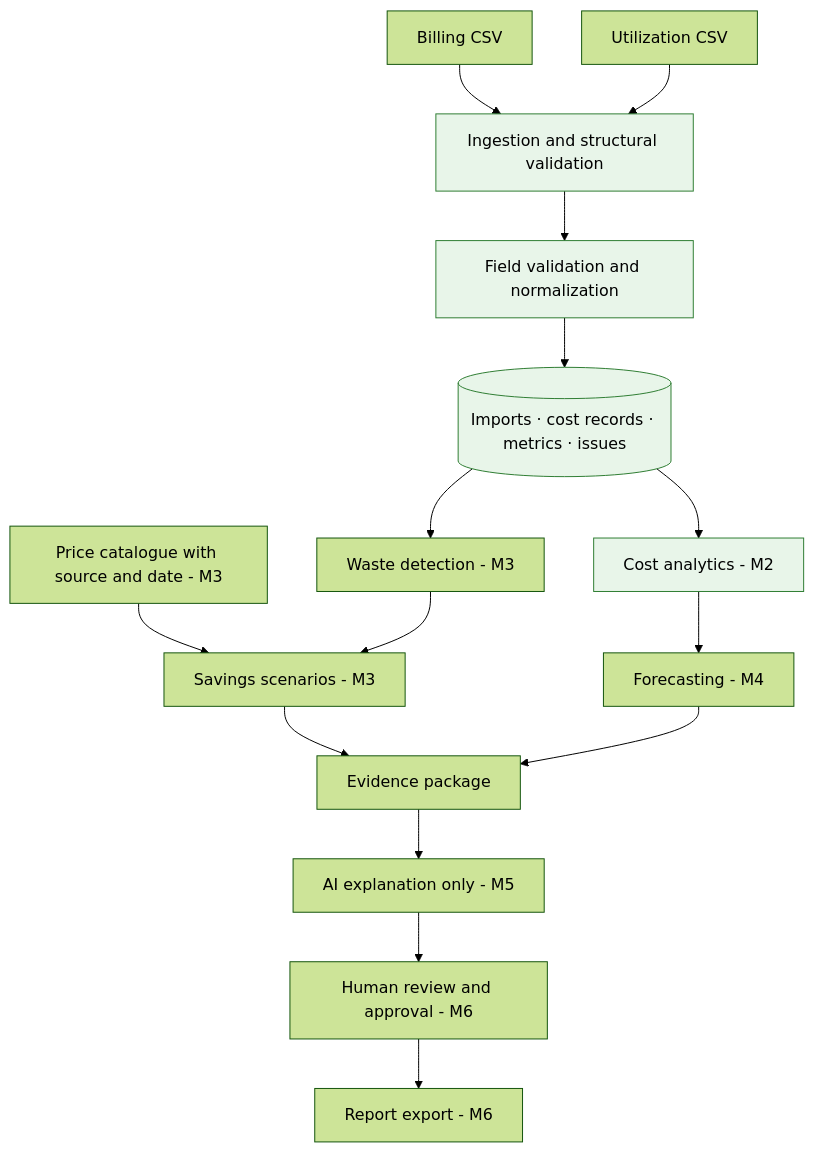
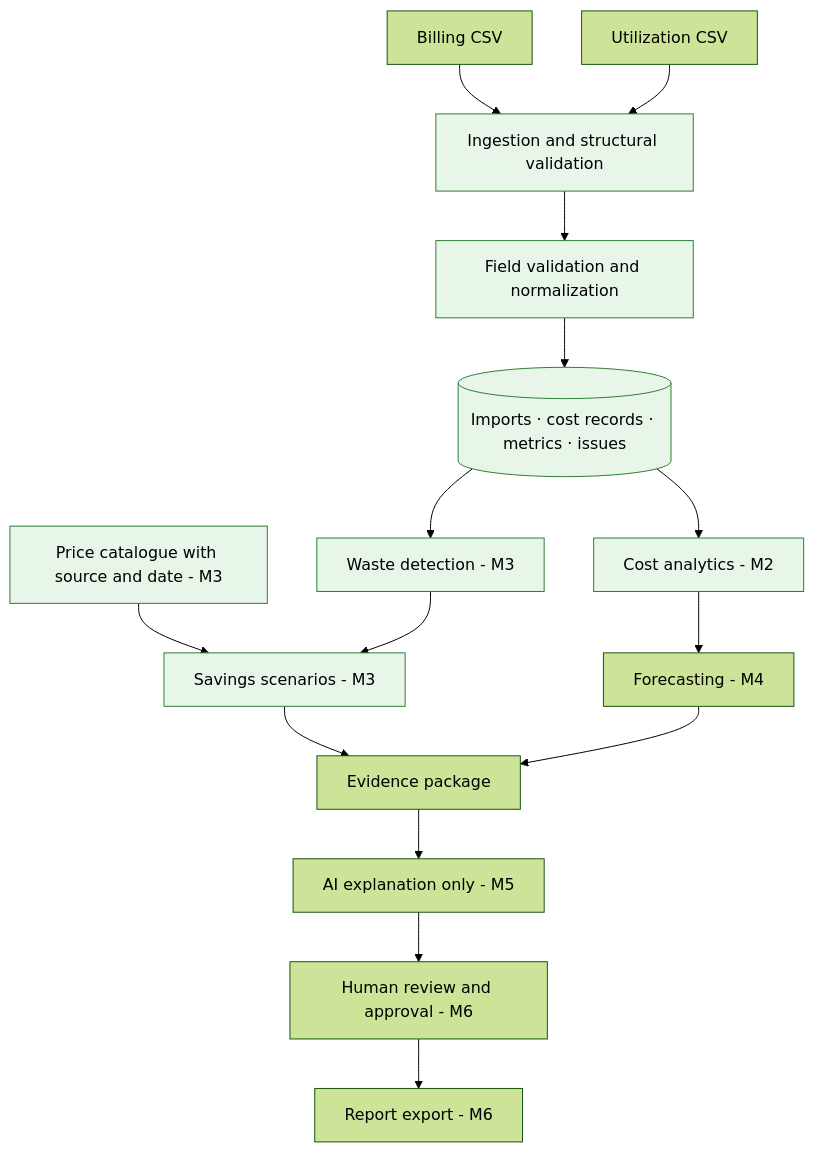
Before and after one commit to bharath609/CloudPilot.ai: the diagram in README.md, drawn with Mermaid (forest theme). The commit also changed other lines of this file and 30 other files, not shown here.

````diff
--- a/README.md
+++ b/README.md
@@ -51,22 +54,25 @@
 ```mermaid
 flowchart TD
   A[Billing CSV] --> B[Ingestion and structural validation]
   C[Utilization CSV] --> B
   B --> D[Field validation and normalization]
   D --> E[(Imports · cost records · metrics · issues)]
   E --> F[Cost analytics - M2]
   E --> G[Waste detection - M3]
   P[Price catalogue with source and date - M3] --> H[Savings scenarios - M3]
   G --> H
   F --> I[Forecasting - M4]
   H --> J[Evidence package]
   I --> J
   J --> K[AI explanation only - M5]
   K --> L[Human review and approval - M6]
   L --> M[Report export - M6]
 
   style B fill:#e8f5e9,stroke:#2e7d32
   style D fill:#e8f5e9,stroke:#2e7d32
   style E fill:#e8f5e9,stroke:#2e7d32
   style F fill:#e8f5e9,stroke:#2e7d32
+  style G fill:#e8f5e9,stroke:#2e7d32
+  style H fill:#e8f5e9,stroke:#2e7d32
+  style P fill:#e8f5e9,stroke:#2e7d32
 ```
````
